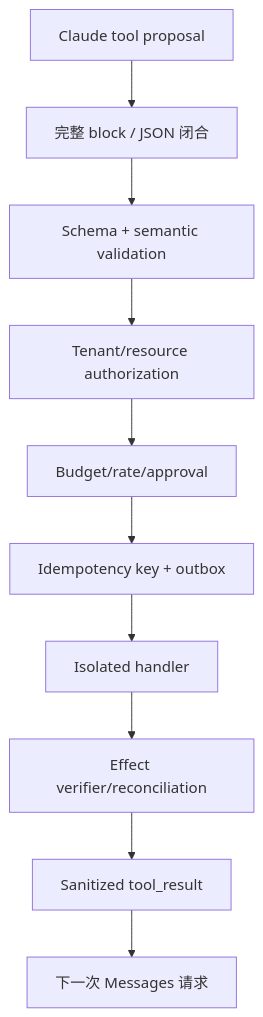
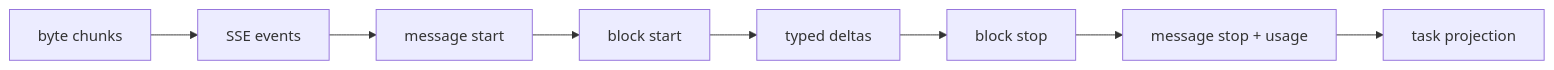
Before and after one commit to NightLemon/about-llm: the diagram in docs/models/claude.md, drawn with Mermaid. The commit also changed other lines of this file and 3 other files, not shown here.

````diff
--- a/docs/models/claude.md
+++ b/docs/models/claude.md
@@ -333,12 +138,10 @@
-```mermaid
-flowchart TD
-    A["Claude tool proposal"] --> B["完整 block / JSON 闭合"]
-    B --> C["Schema + semantic validation"]
-    C --> D["Tenant/resource authorization"]
-    D --> E["Budget/rate/approval"]
-    E --> F["Idempotency key + outbox"]
-    F --> G["Isolated handler"]
-    G --> H["Effect verifier/reconciliation"]
-    H --> I["Sanitized tool_result"]
-    I --> J["下一次 Messages 请求"]
-```
+~~~mermaid
+flowchart LR
+    A["byte chunks"] --> B["SSE events"]
+    B --> C["message start"]
+    C --> D["block start"]
+    D --> E["typed deltas"]
+    E --> F["block stop"]
+    F --> G["message stop + usage"]
+    G --> H["task projection"]
+~~~
````
